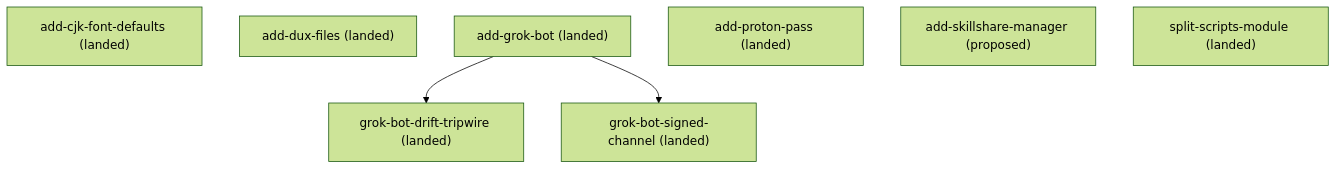
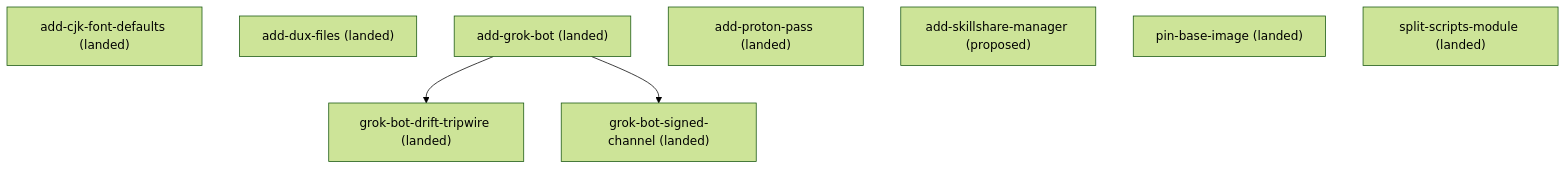
The diagram in docs/roadmap.md (kli66/something-terrible), drawn with Mermaid (forest theme) before and after one commit. The commit also changed other lines of this file and 5 other files, not shown here.

First line of the commit message:
feat: pin the Fedora 44 base image

````diff
--- a/docs/roadmap.md
+++ b/docs/roadmap.md
@@ -29,13 +30,14 @@
 ```mermaid
 flowchart TD
     add_cjk_font_defaults["add-cjk-font-defaults (landed)"]
     add_dux_files["add-dux-files (landed)"]
     add_grok_bot["add-grok-bot (landed)"]
     add_proton_pass["add-proton-pass (landed)"]
     add_skillshare_manager["add-skillshare-manager (proposed)"]
     grok_bot_drift_tripwire["grok-bot-drift-tripwire (landed)"]
     grok_bot_signed_channel["grok-bot-signed-channel (landed)"]
+    pin_base_image["pin-base-image (landed)"]
     split_scripts_module["split-scripts-module (landed)"]
     add_grok_bot --> grok_bot_drift_tripwire
     add_grok_bot --> grok_bot_signed_channel
 ```
````
